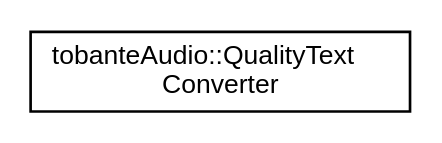
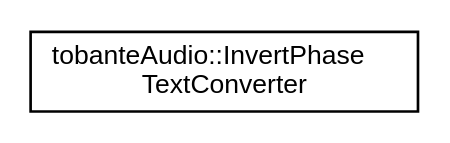
One commit to tobanteAudio/modEQ changed the diagram in inherit_graph_11.dot. Above: the diagram before and after it, drawn with Graphviz. The commit also changed 82 other files, not shown here.

Commit message:
Deploy tobanteAudio/modEQ to github.com/tobanteAudio/modEQ.git:gh-pages

```diff
--- a/inherit_graph_11.dot
+++ b/inherit_graph_11.dot
@@ -1,7 +1,7 @@
 digraph "Graphical Class Hierarchy"
 {
   edge [fontname="Helvetica",fontsize="10",labelfontname="Helvetica",labelfontsize="10"];
   node [fontname="Helvetica",fontsize="10",shape=record];
   rankdir="LR";
-  Node0 [label="tobanteAudio::QualityText\lConverter",height=0.2,width=0.4,color="black", fillcolor="white", style="filled",URL="$structtobanteAudio_1_1QualityTextConverter.html",tooltip="Text & float converter for filter quality. "];
+  Node0 [label="tobanteAudio::InvertPhase\lTextConverter",height=0.2,width=0.4,color="black", fillcolor="white", style="filled",URL="$structtobanteAudio_1_1InvertPhaseTextConverter.html",tooltip="Text & float converter for phase invert. "];
 }
```
